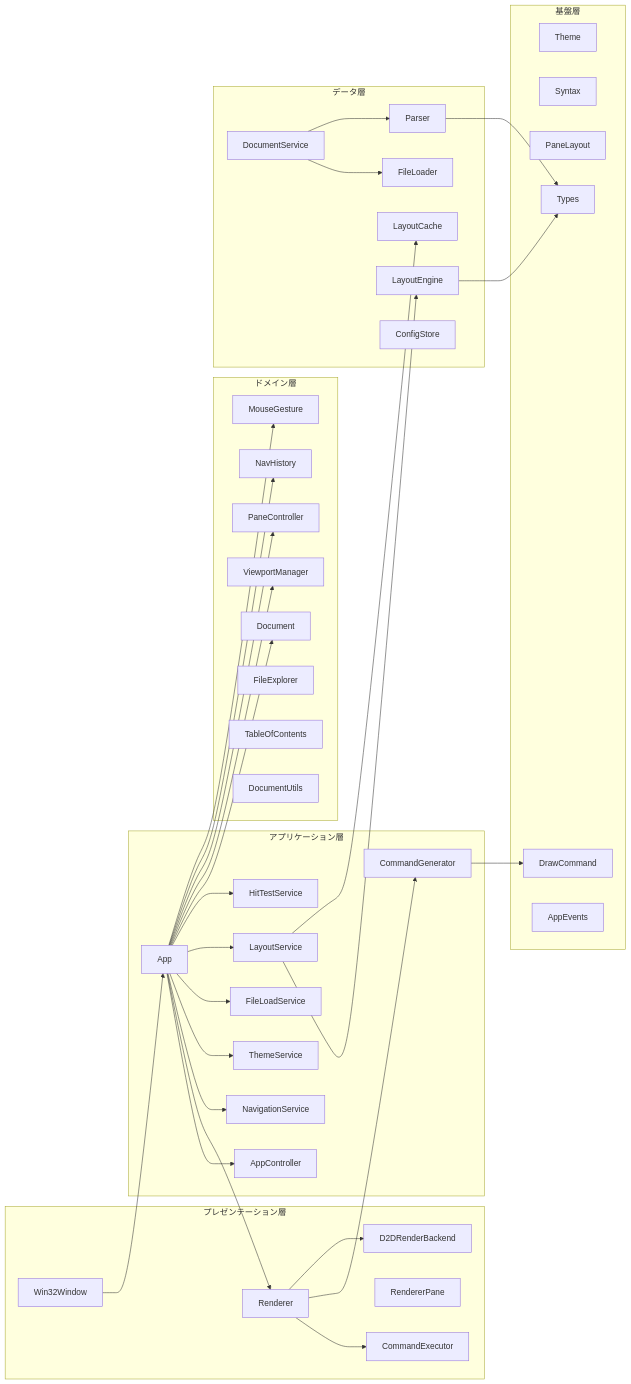
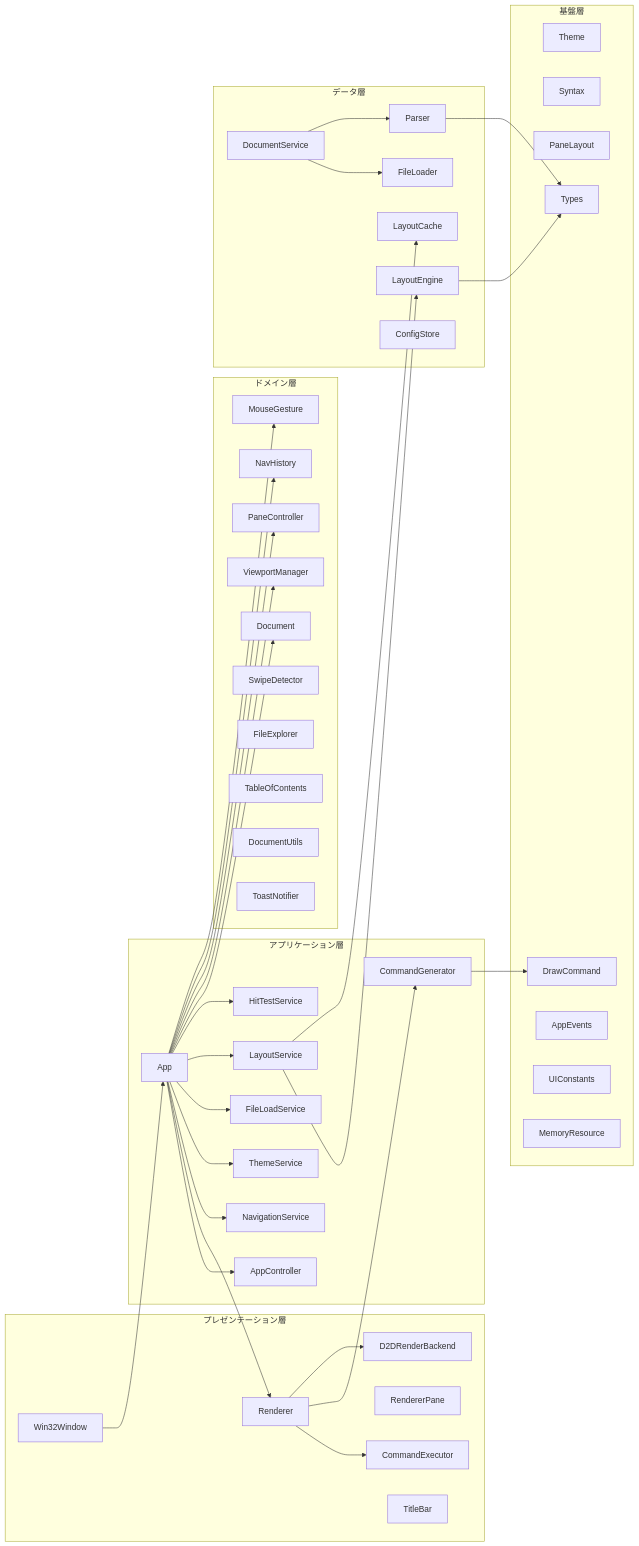
The second of 27 diagrams in test.md (tanaton/mendo), drawn with Mermaid before and after one commit. The commit also changed other lines of this file, not shown here.

````diff
--- a/test.md
+++ b/test.md
@@ -102,74 +108,79 @@
 ```mermaid
 graph LR
     subgraph プレゼンテーション層
         W[Win32Window]
         R[Renderer]
         CE[CommandExecutor]
         RP[RendererPane]
         RB[D2DRenderBackend]
+        TB_L[TitleBar]
     end
 
     subgraph アプリケーション層
         APP[App]
         AC[AppController]
         CG[CommandGenerator]
         NS[NavigationService]
         TS[ThemeService]
         FLS[FileLoadService]
         LS[LayoutService]
         HTS[HitTestService]
     end
 
     subgraph ドメイン層
         DOC[Document]
         VM[ViewportManager]
         PC[PaneController]
         NH[NavHistory]
         MG[MouseGesture]
+        SD_L[SwipeDetector]
         FE[FileExplorer]
         TOC[TableOfContents]
         DU[DocumentUtils]
+        TN_L[ToastNotifier]
     end
 
     subgraph データ層
         P[Parser]
         L[LayoutEngine]
         LC[LayoutCache]
         FL[FileLoader]
         DS[DocumentService]
         CS[ConfigStore]
     end
 
     subgraph 基盤層
         TH[Theme]
         SY[Syntax]
         PL[PaneLayout]
         T[Types]
         DC[DrawCommand]
         AE[AppEvents]
+        UC[UIConstants]
+        MR_L[MemoryResource]
     end
 
     W --> APP
     APP --> AC
     APP --> R
     R --> CE
     R --> CG
     R --> RB
     APP --> NS
     APP --> TS
     APP --> FLS
     APP --> LS
     APP --> HTS
     APP --> DOC
     APP --> VM
     APP --> PC
     APP --> NH
     APP --> MG
     DS --> FL
     DS --> P
     LS --> L
     LS --> LC
     P --> T
     L --> T
     CG --> DC
 ```
````
